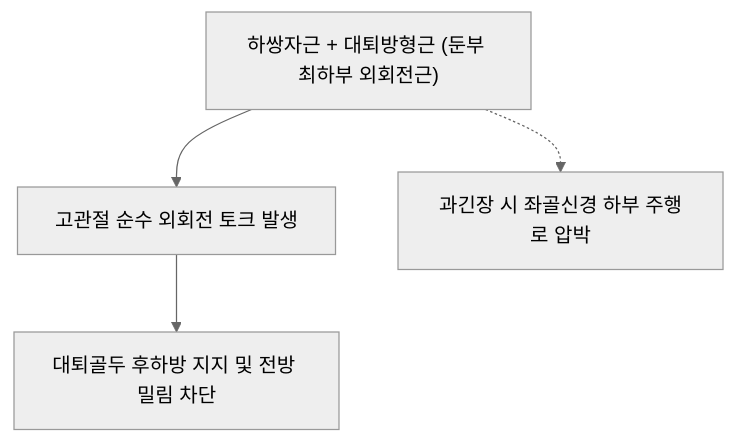
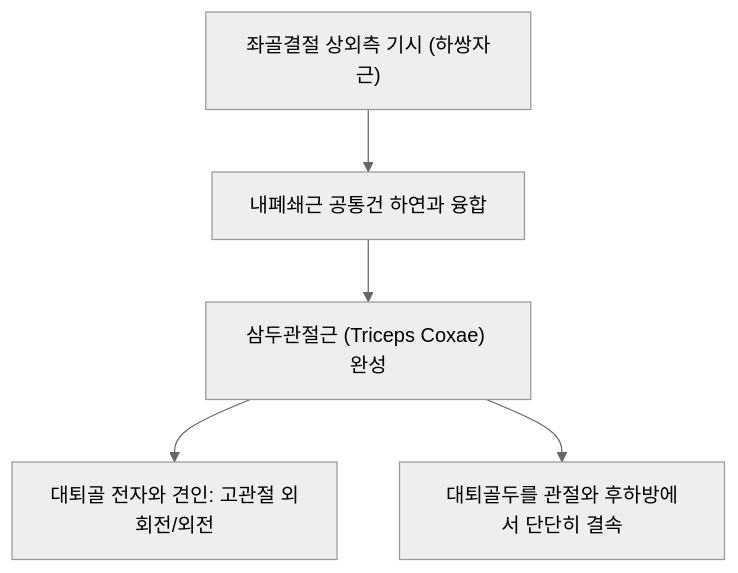
Before and after one commit to simbio11/simbio-digital-garden2: the diagram in content/1. 근골격계 공부/근육/(10) 둔부/하쌍자근.md, drawn with Mermaid (neutral theme). The commit also changed other lines of this file and 150 other files, not shown here.

````diff
--- a/content/1. 근골격계 공부/근육/(10) 둔부/하쌍자근.md
+++ b/content/1. 근골격계 공부/근육/(10) 둔부/하쌍자근.md
@@ -48,6 +54,7 @@
 ```mermaid
 graph TD
-    InferiorGemellus["하쌍자근 + 대퇴방형근 (둔부 최하부 외회전근)"] --> HipER["고관절 순수 외회전 토크 발생"]
-    HipER --> HeadCentering["대퇴골두 후하방 지지 및 전방 밀림 차단"]
-    InferiorGemellus -.-> Tightness["과긴장 시 좌골신경 하부 주행로 압박"]
+    IschialTuberosity["좌골결절 상외측 기시 (하쌍자근)"] --> TendonFusion["내폐쇄근 공통건 하연과 융합"]
+    TendonFusion --> TricepsCoxae["삼두관절근 (Triceps Coxae) 완성"]
+    TricepsCoxae --> FemurTrochanter["대퇴골 전자와 견인: 고관절 외회전/외전"]
+    TricepsCoxae --> DynamicCentration["대퇴골두를 관절와 후하방에서 단단히 결속"]
 ```
````
